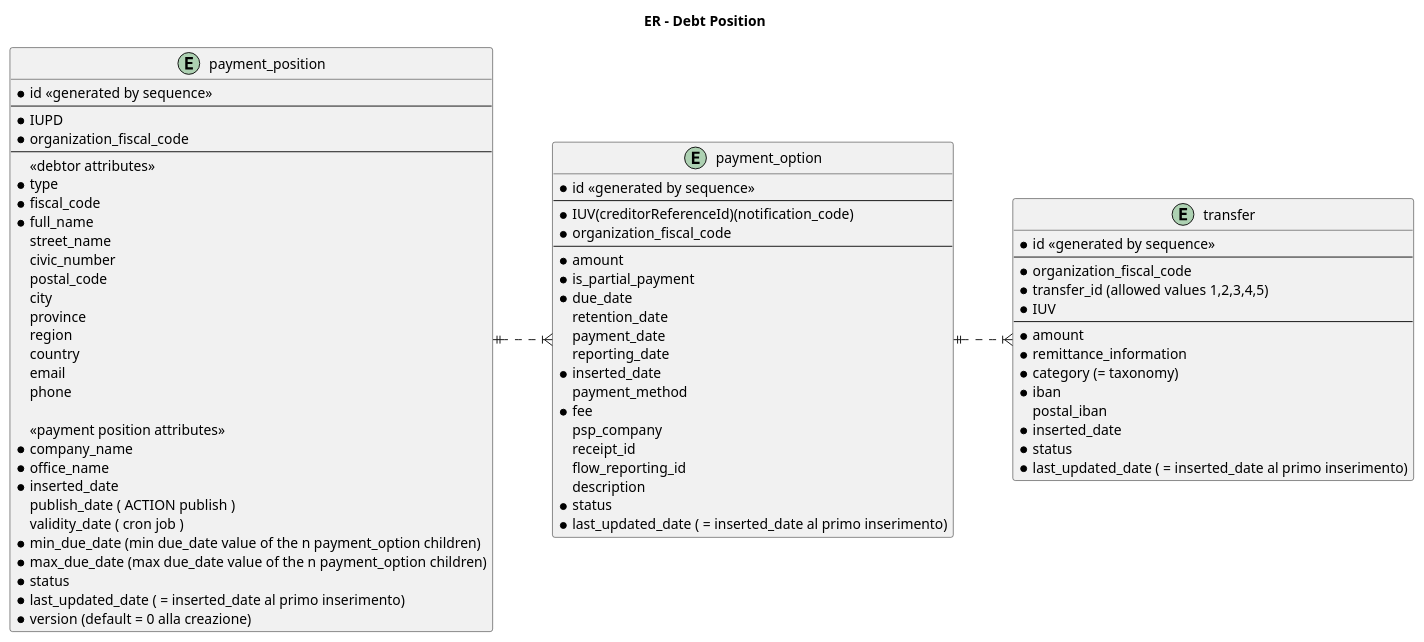
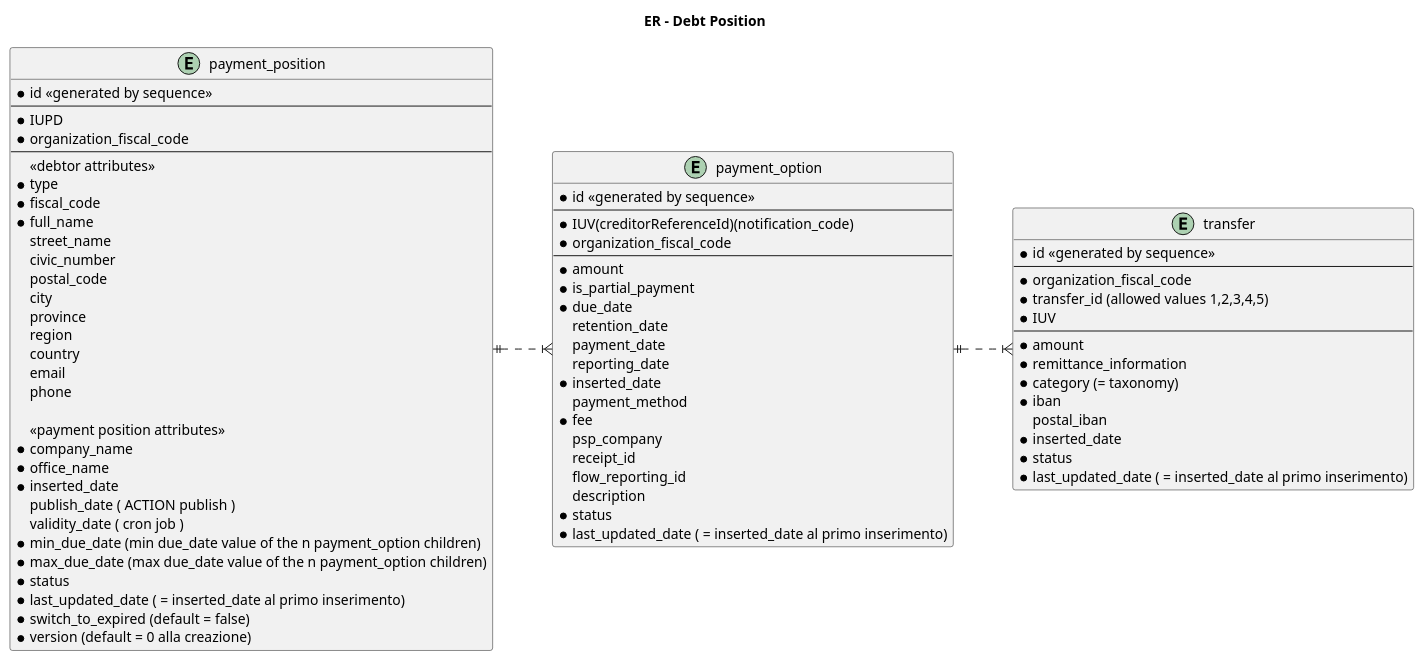
One commit to pagopa/pagopa-debt-position changed the diagram in gpd/doc/db/re.puml. Above: the diagram before and after it, drawn with PlantUML. The commit also changed 9 other files, not shown here.

Commit message:
[PPD-150] payability after due date: updated ER diagram

```diff
--- a/gpd/doc/db/re.puml
+++ b/gpd/doc/db/re.puml
@@ -1,84 +1,85 @@
 @startuml ER-debtPosition
 left to right direction
 
 title ER - Debt Position
 
 
 entity payment_position {
   * id <<generated by sequence>>
   --
   * IUPD
   * organization_fiscal_code
   --
   <<debtor attributes>>
   * type
   * fiscal_code
   * full_name
   street_name
   civic_number
   postal_code
   city
   province
   region
   country
   email
   phone
   
   <<payment position attributes>>
   * company_name
   * office_name
   * inserted_date 
     publish_date ( ACTION publish )
     validity_date ( cron job )
   * min_due_date (min due_date value of the n payment_option children) 
   * max_due_date (max due_date value of the n payment_option children) 
   * status 
   * last_updated_date ( = inserted_date al primo inserimento)
+  * switch_to_expired (default = false)
   * version (default = 0 alla creazione)
 }
 
 
 entity payment_option {
   * id <<generated by sequence>>
   --
   * IUV(creditorReferenceId)(notification_code)
   * organization_fiscal_code
   --
   * amount
   * is_partial_payment
   * due_date
     retention_date
     payment_date
     reporting_date
   * inserted_date
     payment_method
   * fee
     psp_company
     receipt_id
     flow_reporting_id
     description
   * status
   * last_updated_date ( = inserted_date al primo inserimento)
 }
 
 
 entity transfer {
   * id <<generated by sequence>>
   --
   * organization_fiscal_code
   * transfer_id (allowed values 1,2,3,4,5)
   * IUV
   --
   * amount
   * remittance_information
   * category (= taxonomy)
   * iban
     postal_iban
   * inserted_date
   * status
   * last_updated_date ( = inserted_date al primo inserimento) 
 }
 
 payment_position ||..|{ payment_option
 payment_option ||..|{ transfer
 @enduml
```
